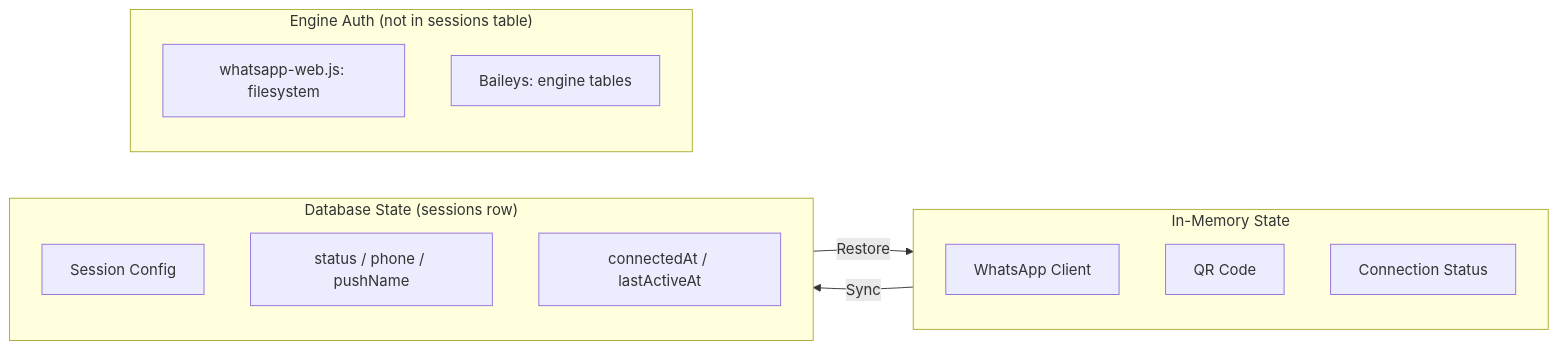
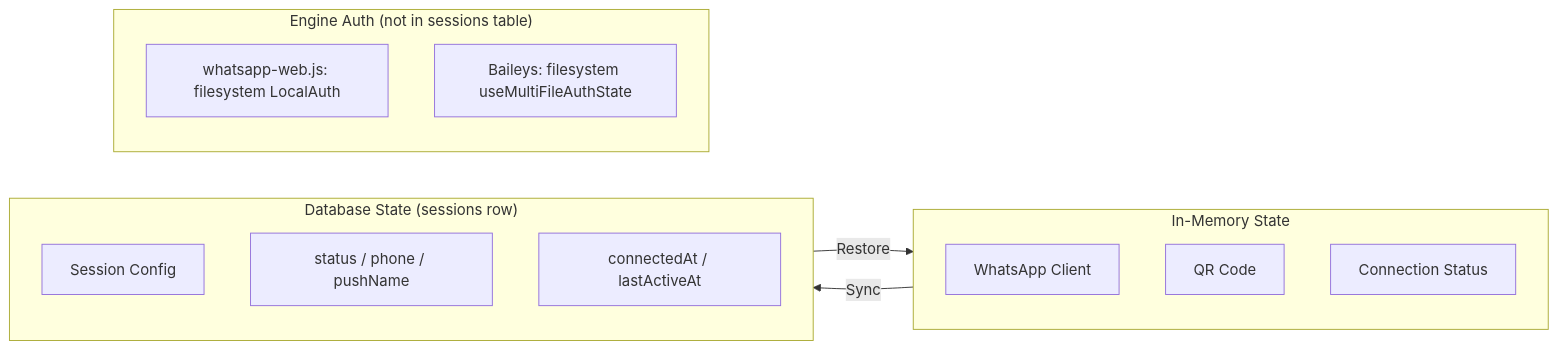
Before and after one commit to nourayman21k/OpenWA: the fourth of 5 diagrams in docs/05-database-design.md, drawn with Mermaid. The commit also changed other lines of this file and 29 other files, not shown here.

````diff
--- a/docs/05-database-design.md
+++ b/docs/05-database-design.md
@@ -626,22 +666,22 @@
 ```mermaid
 flowchart LR
     subgraph Memory["In-Memory State"]
         WA[WhatsApp Client]
         QR[QR Code]
         CONN[Connection Status]
     end
 
     subgraph Persistent["Database State (sessions row)"]
         CONFIG[Session Config]
         META[status / phone / pushName]
         TS[connectedAt / lastActiveAt]
     end
 
     subgraph FS["Engine Auth (not in sessions table)"]
-        FSAUTH[whatsapp-web.js: filesystem]
-        DBAUTH[Baileys: engine tables]
+        FSAUTH[whatsapp-web.js: filesystem LocalAuth]
+        BAUTH[Baileys: filesystem useMultiFileAuthState]
     end
 
     Memory -->|Sync| Persistent
     Persistent -->|Restore| Memory
 ```
````
